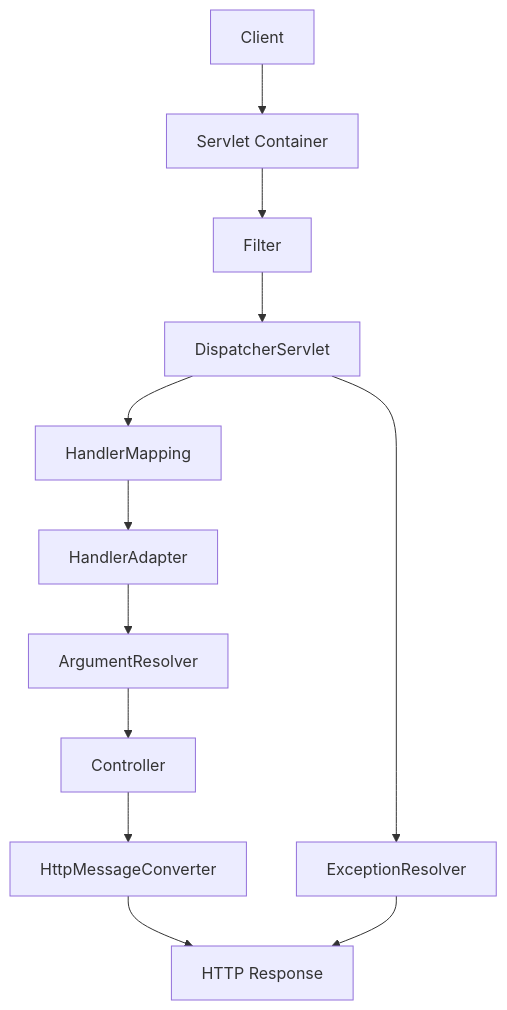
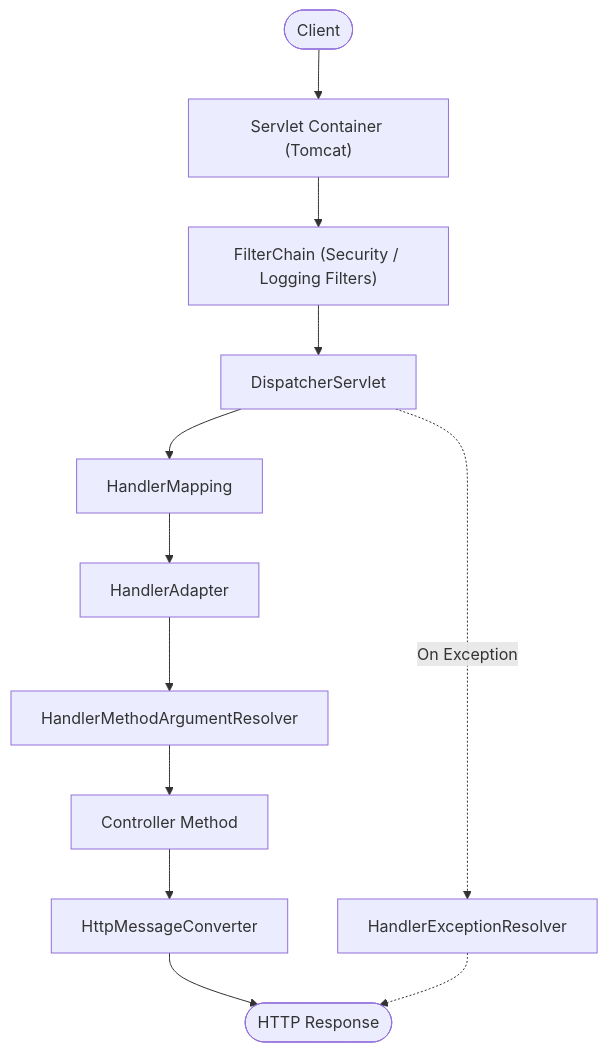
Before and after one commit to MaiTheHao/docs: the fourth of 4 diagrams in temporary/frameworks/spring_boot/03_spring_mvc_web_layer.md, drawn with Mermaid. The commit also changed other lines of this file, not shown here.

````diff
--- a/temporary/frameworks/spring_boot/03_spring_mvc_web_layer.md
+++ b/temporary/frameworks/spring_boot/03_spring_mvc_web_layer.md
@@ -143,13 +170,17 @@
 ```mermaid
 flowchart TD
-    client[Client] --> tomcat[Servlet Container]
-    tomcat --> filter1[Filter]
-    filter1 --> dispatcher[DispatcherServlet]
-    dispatcher --> hm[HandlerMapping]
-    hm --> ha[HandlerAdapter]
-    ha --> argRes[ArgumentResolver]
-    argRes --> controller[Controller]
-    controller --> conv[HttpMessageConverter]
-    conv --> response[HTTP Response]
-    dispatcher --> exc[ExceptionResolver] --> response
+    accTitle: Full End-to-End HTTP Request Flow
+    accDescr: Complete lifecycle of an HTTP request traversing Servlet Filters, DispatcherServlet, Controller layers, and Exception Resolvers.
+
+    client(["Client"]) --> tomcat["Servlet Container (Tomcat)"]
+    tomcat --> filter1["FilterChain (Security / Logging Filters)"]
+    filter1 --> dispatcher["DispatcherServlet"]
+    dispatcher --> handlerMapping["HandlerMapping"]
+    handlerMapping --> handlerAdapter["HandlerAdapter"]
+    handlerAdapter --> argRes["HandlerMethodArgumentResolver"]
+    argRes --> controller["Controller Method"]
+    controller --> msgConv["HttpMessageConverter"]
+    msgConv --> response(["HTTP Response"])
+    dispatcher -.->|"On Exception"| excResolver["HandlerExceptionResolver"]
+    excResolver -.-> response
 ```
````
